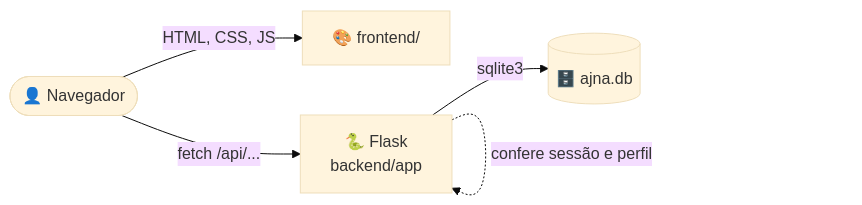
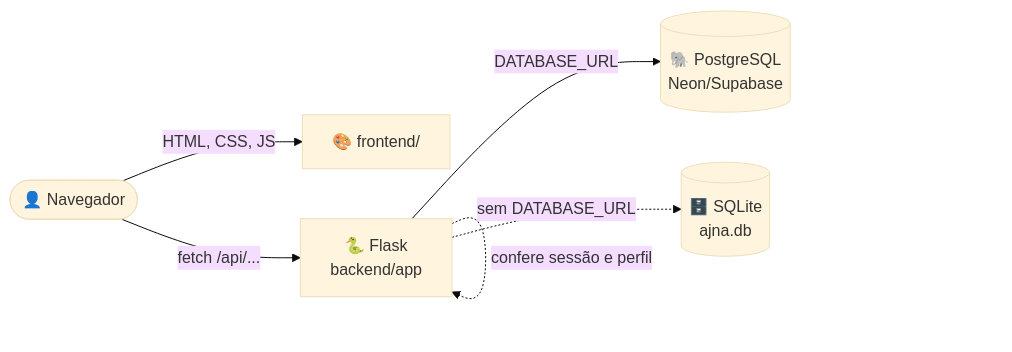
One commit to FelipeRobinson/ajnaterapias changed the second of 5 diagrams in README.md. Above: the diagram before and after it, drawn with Mermaid (base theme). The commit also changed other lines of this file and 32 other files, not shown here.

````diff
--- a/README.md
+++ b/README.md
@@ -187,7 +188,8 @@
 ```mermaid
 flowchart LR
     U([👤 Navegador]) -->|HTML, CSS, JS| F[🎨 frontend/]
     U -->|fetch /api/...| B[🐍 Flask<br/>backend/app]
-    B -->|sqlite3| D[(🗄️ ajna.db)]
+    B -->|DATABASE_URL| P[(🐘 PostgreSQL<br/>Neon/Supabase)]
+    B -.->|sem DATABASE_URL| D[(🗄️ SQLite<br/>ajna.db)]
     B -. confere sessão e perfil .-> B
 ```
````
